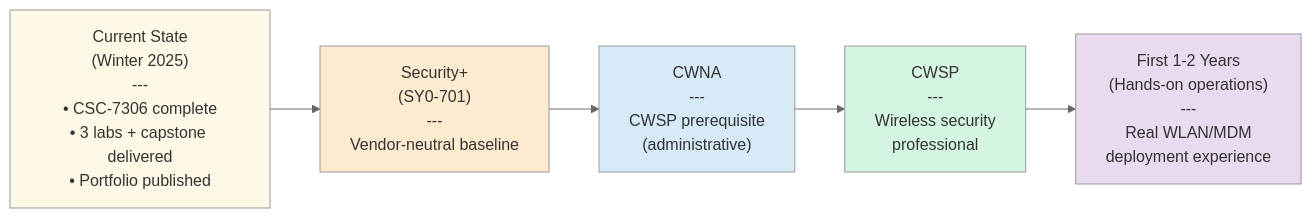
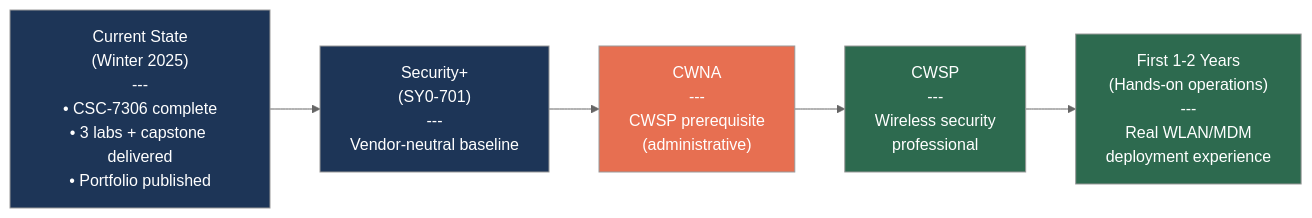
Before and after one commit to RossMora-Pilots/405-Mobile-Wireless-Security: the first of 5 diagrams in README.md, drawn with Mermaid. The commit also changed other lines of this file and 6 other files, not shown here.

First line of the commit message:
Remediate 5 growth areas: defense validation, risk quantification, lessons learned, visual palette, new diagrams

````diff
--- a/README.md
+++ b/README.md
@@ -43,17 +43,17 @@
 ```mermaid
 %%{init: {'theme':'neutral'}}%%
 flowchart LR
     Now["Current State<br/>(Winter 2025)<br/>---<br/>• CSC-7306 complete<br/>• 3 labs + capstone delivered<br/>• Portfolio published"]
     SecPlus["Security+<br/>(SY0-701)<br/>---<br/>Vendor-neutral baseline"]
     CWNA["CWNA<br/>---<br/>CWSP prerequisite<br/>(administrative)"]
     CWSP["CWSP<br/>---<br/>Wireless security<br/>professional"]
     OnJob["First 1-2 Years<br/>(Hands-on operations)<br/>---<br/>Real WLAN/MDM<br/>deployment experience"]
 
     Now --> SecPlus --> CWNA --> CWSP --> OnJob
 
-    style Now fill:#fef9e7,color:#333
-    style SecPlus fill:#fdebd0,color:#333
-    style CWNA fill:#d6eaf8,color:#333
-    style CWSP fill:#d5f5e3,color:#333
-    style OnJob fill:#e8daef,color:#333
+    style Now fill:#1d3557,color:#fff
+    style SecPlus fill:#1d3557,color:#fff
+    style CWNA fill:#e76f51,color:#fff
+    style CWSP fill:#2d6a4f,color:#fff
+    style OnJob fill:#2d6a4f,color:#fff
 ```
````
